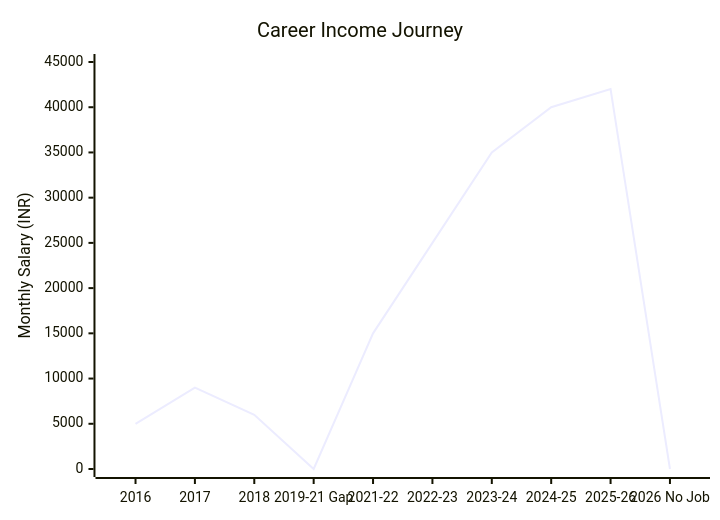
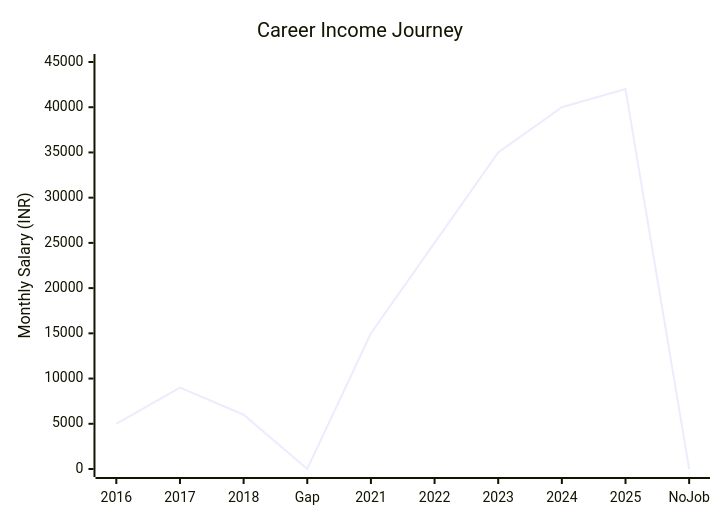
One commit to engineer-work/Join-Company changed the diagram in startup/my_career_path.md. Above: the diagram before and after it, drawn with Mermaid. The commit also changed other lines of this file, not shown here.

```diff
--- a/startup/my_career_path.md
+++ b/startup/my_career_path.md
@@ -26,7 +26,7 @@
 <pre class="mermaid">
 xychart-beta
     title "Career Income Journey"
-    x-axis ["2016","2017","2018","2019-21 Gap","2021-22","2022-23","2023-24","2024-25","2025-26","2026 No Job"]
+    x-axis ["2016","2017","2018","Gap","2021","2022","2023","2024","2025","NoJob"]
     y-axis "Monthly Salary (INR)" 0 --> 45000
     line [5000,9000,6000,0,15000,25000,35000,40000,42000,0]
 </pre>
```
